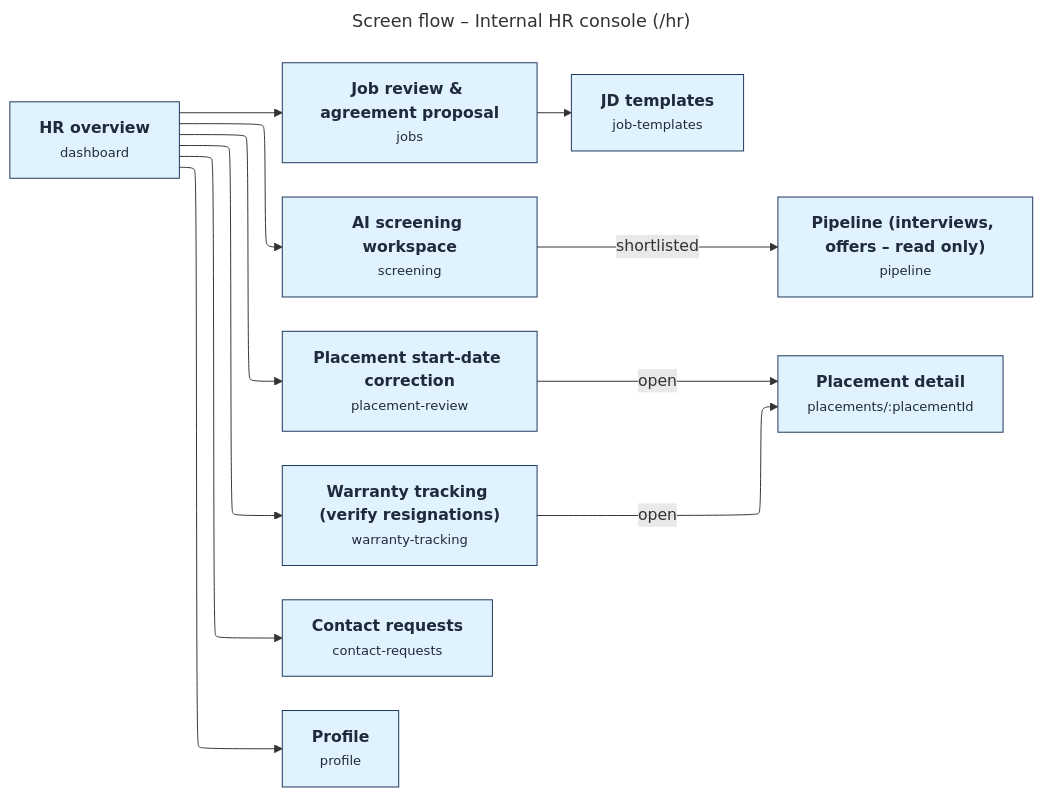
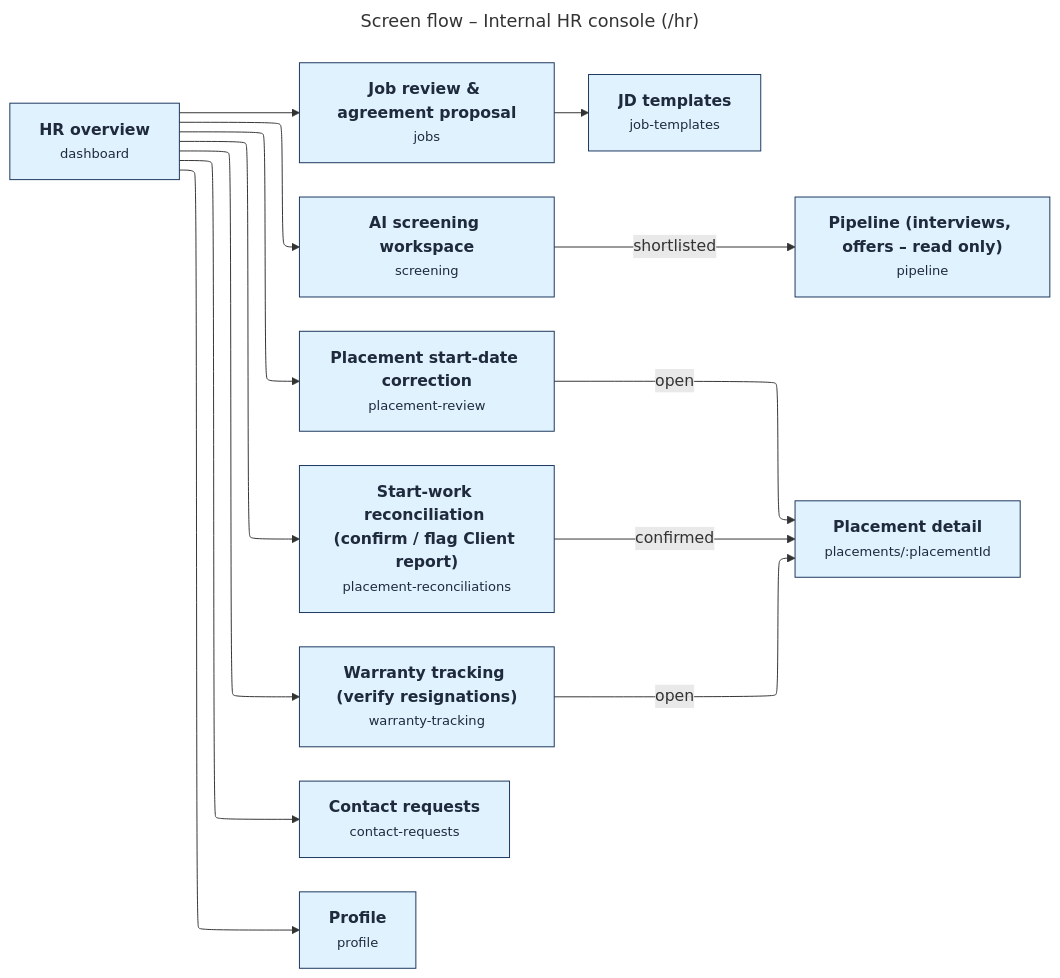
One commit to hoangqui794/hr-connect changed the diagram in docs/diagrams/screen-flows/source/sf-05-hr.mmd. Above: the diagram before and after it, drawn with Mermaid. The commit also changed 18 other files, not shown here.

First line of the commit message:
docs(diagrams): redraw MF-01..MF-04 activity diagrams, add core ERD, placement reconciliation in screen flows

```diff
--- a/docs/diagrams/screen-flows/source/sf-05-hr.mmd
+++ b/docs/diagrams/screen-flows/source/sf-05-hr.mmd
@@ -1,27 +1,30 @@
 ---
 title: Screen flow – Internal HR console (/hr)
 config:
   layout: elk
 ---
 flowchart LR
   hr_dash["<b>HR overview</b><br/><small>dashboard</small>"]
   hr_rev["<b>Job review & agreement proposal</b><br/><small>jobs</small>"]
   hr_tpl["<b>JD templates</b><br/><small>job-templates</small>"]
   hr_scr["<b>AI screening workspace</b><br/><small>screening</small>"]
   hr_pipe["<b>Pipeline (interviews, offers – read only)</b><br/><small>pipeline</small>"]
   hr_plr["<b>Placement start-date correction</b><br/><small>placement-review</small>"]
   hr_plc["<b>Placement detail</b><br/><small>placements/:placementId</small>"]
+  hr_rec["<b>Start-work reconciliation (confirm / flag Client report)</b><br/><small>placement-reconciliations</small>"]
   hr_war["<b>Warranty tracking (verify resignations)</b><br/><small>warranty-tracking</small>"]
   hr_contact["<b>Contact requests</b><br/><small>contact-requests</small>"]
   hr_prof["<b>Profile</b><br/><small>profile</small>"]
   hr_dash --> hr_rev
   hr_rev --> hr_tpl
   hr_dash --> hr_scr
   hr_scr -->|"shortlisted"| hr_pipe
   hr_dash --> hr_plr
   hr_plr -->|"open"| hr_plc
+  hr_dash --> hr_rec
+  hr_rec -->|"confirmed"| hr_plc
   hr_dash --> hr_war
   hr_war -->|"open"| hr_plc
   hr_dash --> hr_contact
   hr_dash --> hr_prof
   classDef default fill:#E0F2FE,stroke:#1B365D,color:#1F2A3C
```
